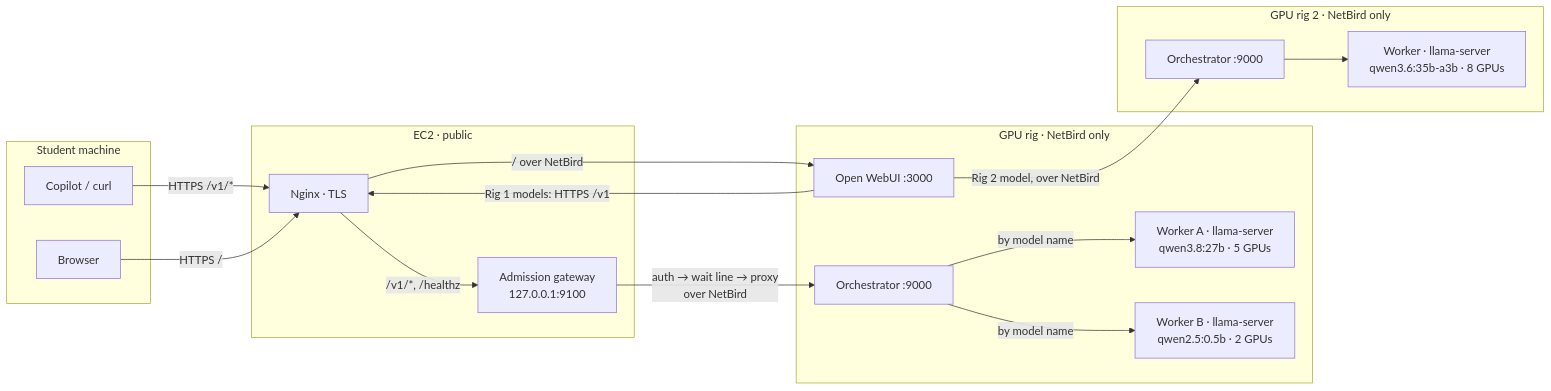
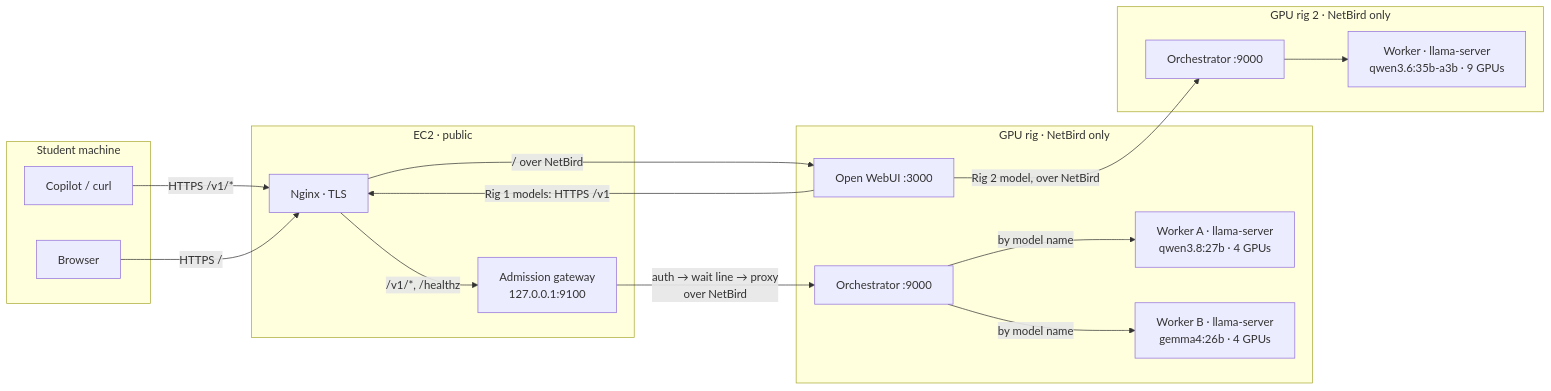
The diagram in docs/architecture/overview.md (Open-Coding-Society/OCS-Intelligence), drawn with Mermaid before and after one commit. The commit also changed 7 other files, not shown here.

````diff
--- a/docs/architecture/overview.md
+++ b/docs/architecture/overview.md
@@ -22,31 +22,31 @@
 ```mermaid
 flowchart LR
     subgraph client [Student machine]
         C[Copilot / curl]
         W[Browser]
     end
     subgraph ec2 [EC2 · public]
         N[Nginx · TLS]
         G[Admission gateway<br/>127.0.0.1:9100]
     end
     subgraph rig [GPU rig · NetBird only]
         O[Orchestrator :9000]
-        A[Worker A · llama-server<br/>qwen3.8:27b · 5 GPUs]
-        B[Worker B · llama-server<br/>qwen2.5:0.5b · 2 GPUs]
+        A[Worker A · llama-server<br/>qwen3.8:27b · 4 GPUs]
+        B[Worker B · llama-server<br/>gemma4:26b · 4 GPUs]
         UI[Open WebUI :3000]
     end
     subgraph rig2 [GPU rig 2 · NetBird only]
         O2[Orchestrator :9000]
-        M[Worker · llama-server<br/>qwen3.6:35b-a3b · 8 GPUs]
+        M[Worker · llama-server<br/>qwen3.6:35b-a3b · 9 GPUs]
     end
     C -->|HTTPS /v1/*| N
     W -->|HTTPS /| N
     N -->|/v1/*, /healthz| G
     N -->|/ over NetBird| UI
     G -->|auth → wait line → proxy<br/>over NetBird| O
     O -->|by model name| A
     O -->|by model name| B
     UI -->|Rig 1 models: HTTPS /v1| N
     UI -->|Rig 2 model, over NetBird| O2
     O2 --> M
 ```
````
